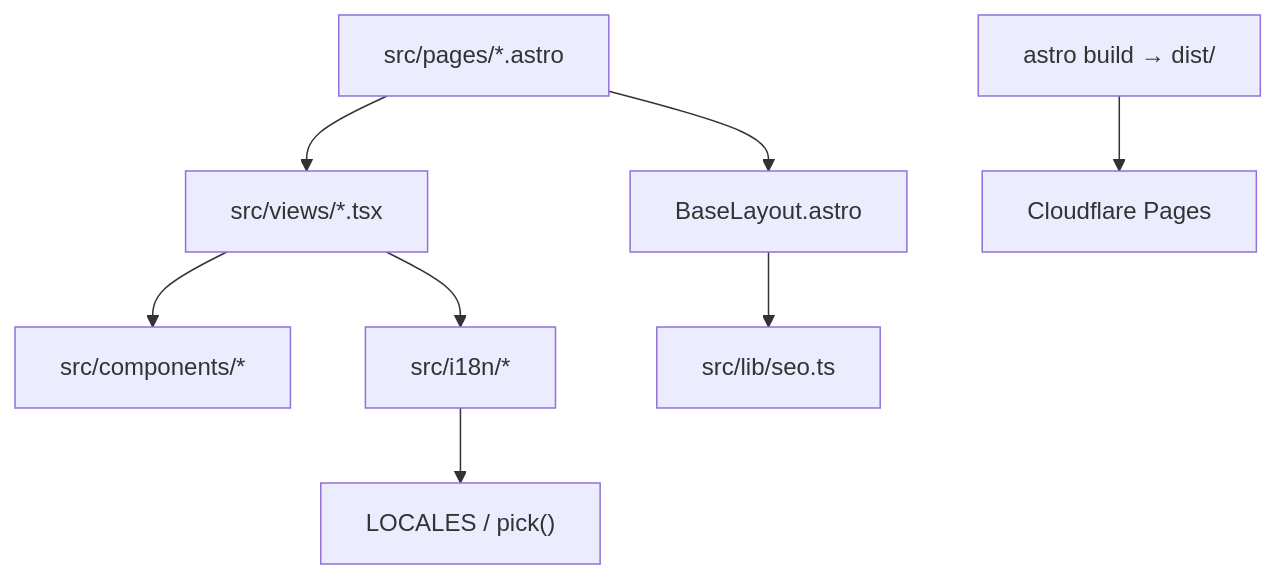
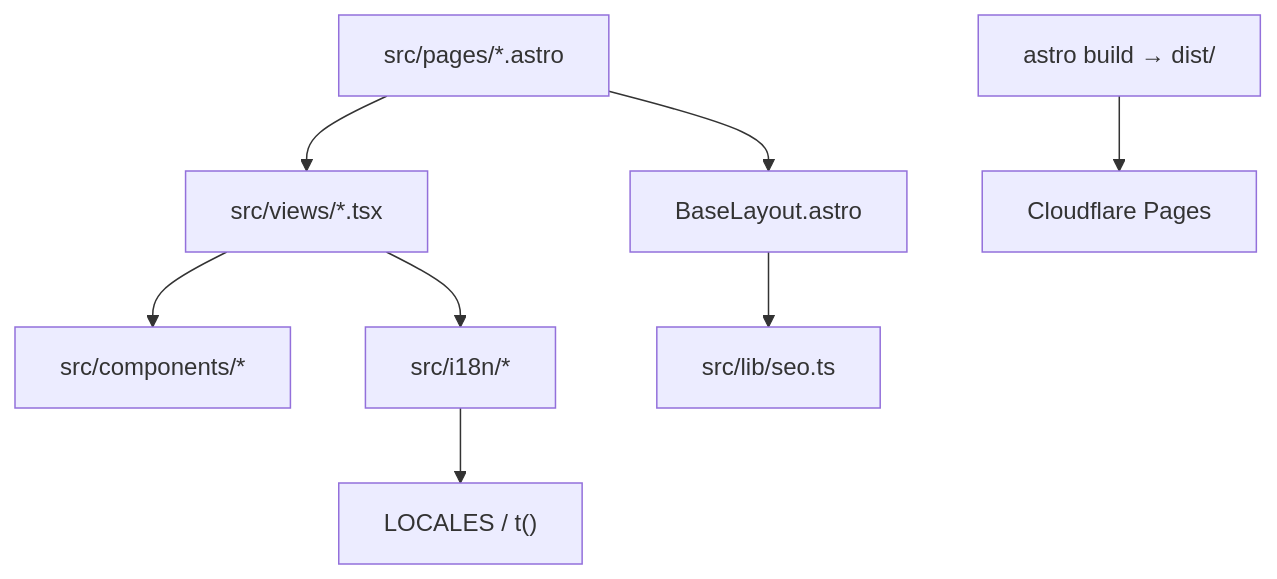
One commit to robinv8/jiuzhou-world changed the diagram in brain/architecture.md. Above: the diagram before and after it, drawn with Mermaid. The commit also changed other lines of this file and 9 other files, not shown here.

````diff
--- a/brain/architecture.md
+++ b/brain/architecture.md
@@ -12,10 +12,10 @@
 ```mermaid
 graph TD
   Pages["src/pages/*.astro"] --> Layout["BaseLayout.astro"]
   Pages --> Views["src/views/*.tsx"]
   Views --> Components["src/components/*"]
   Views --> I18n["src/i18n/*"]
   Layout --> SEO["src/lib/seo.ts"]
-  I18n --> Config["LOCALES / pick()"]
+  I18n --> Config["LOCALES / t()"]
   Build["astro build → dist/"] --> CF["Cloudflare Pages"]
 ```
````
